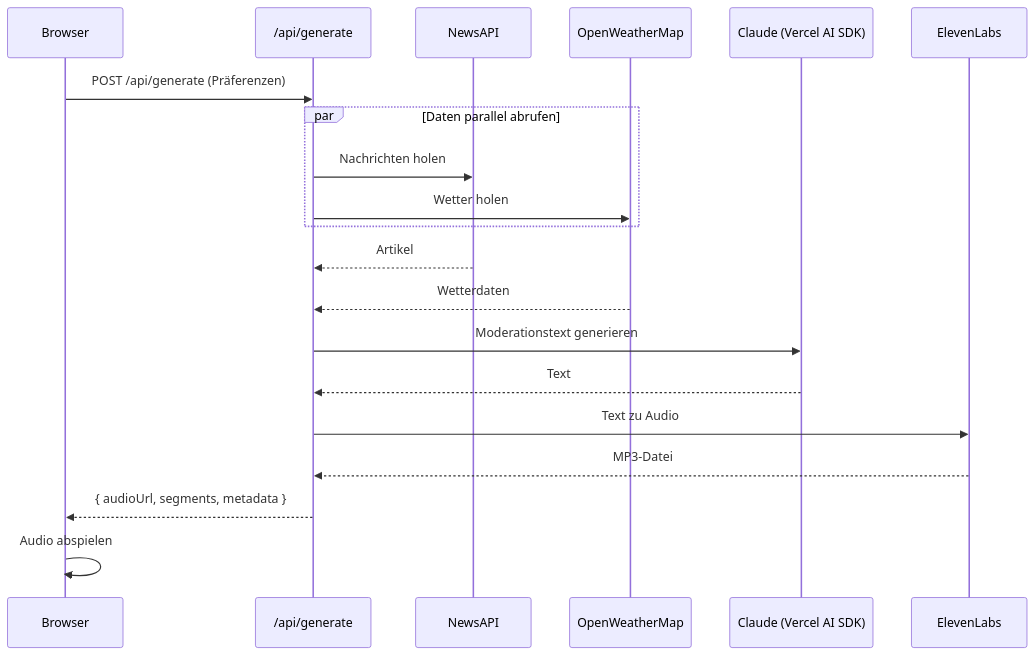
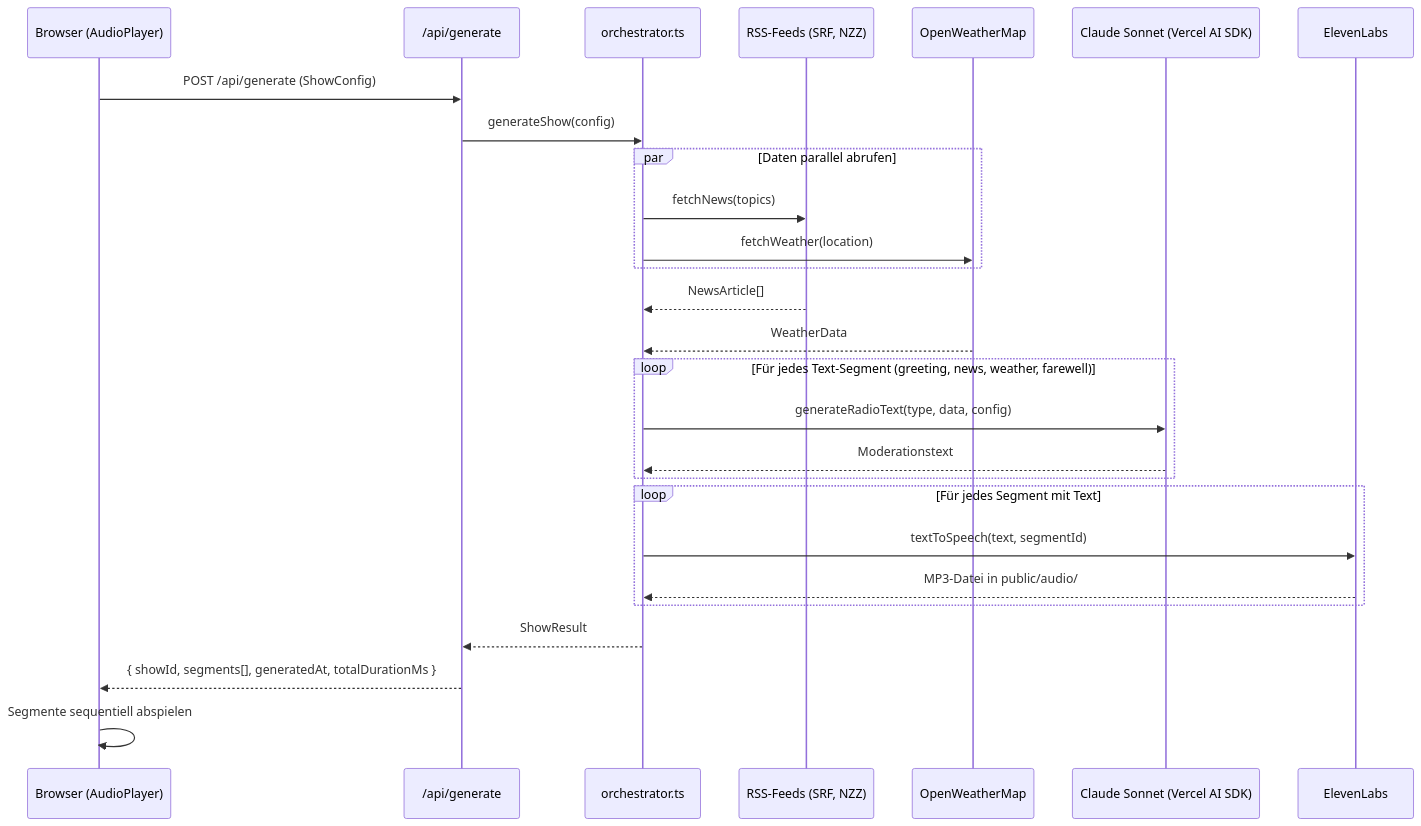
One commit to MichaelMoeckli/attune changed the second of 5 diagrams in techstack_architektur_radion25.md. Above: the diagram before and after it, drawn with Mermaid. The commit also changed other lines of this file and 23 other files, not shown here.

````diff
--- a/techstack_architektur_radion25.md
+++ b/techstack_architektur_radion25.md
@@ -58,28 +63,35 @@
 ```mermaid
 sequenceDiagram
-    participant User as Browser
+    participant User as Browser (AudioPlayer)
     participant API as /api/generate
-    participant News as NewsAPI
+    participant Orch as orchestrator.ts
+    participant News as RSS-Feeds (SRF, NZZ)
     participant Weather as OpenWeatherMap
-    participant LLM as Claude (Vercel AI SDK)
+    participant LLM as Claude Sonnet (Vercel AI SDK)
     participant TTS as ElevenLabs
 
-    User->>API: POST /api/generate (Präferenzen)
+    User->>API: POST /api/generate (ShowConfig)
+    API->>Orch: generateShow(config)
 
     par Daten parallel abrufen
-        API->>News: Nachrichten holen
-        API->>Weather: Wetter holen
+        Orch->>News: fetchNews(topics)
+        Orch->>Weather: fetchWeather(location)
     end
 
-    News-->>API: Artikel
-    Weather-->>API: Wetterdaten
+    News-->>Orch: NewsArticle[]
+    Weather-->>Orch: WeatherData
 
-    API->>LLM: Moderationstext generieren
-    LLM-->>API: Text
+    loop Für jedes Text-Segment (greeting, news, weather, farewell)
+        Orch->>LLM: generateRadioText(type, data, config)
+        LLM-->>Orch: Moderationstext
+    end
 
-    API->>TTS: Text zu Audio
-    TTS-->>API: MP3-Datei
+    loop Für jedes Segment mit Text
+        Orch->>TTS: textToSpeech(text, segmentId)
+        TTS-->>Orch: MP3-Datei in public/audio/
+    end
 
-    API-->>User: { audioUrl, segments, metadata }
-    User->>User: Audio abspielen
+    Orch-->>API: ShowResult
+    API-->>User: { showId, segments[], generatedAt, totalDurationMs }
+    User->>User: Segmente sequentiell abspielen
 ```
````
